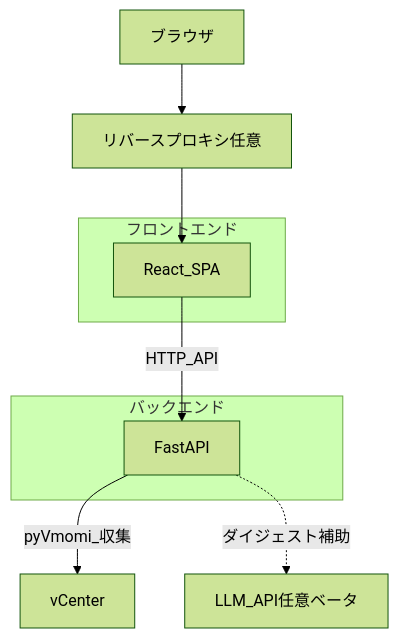
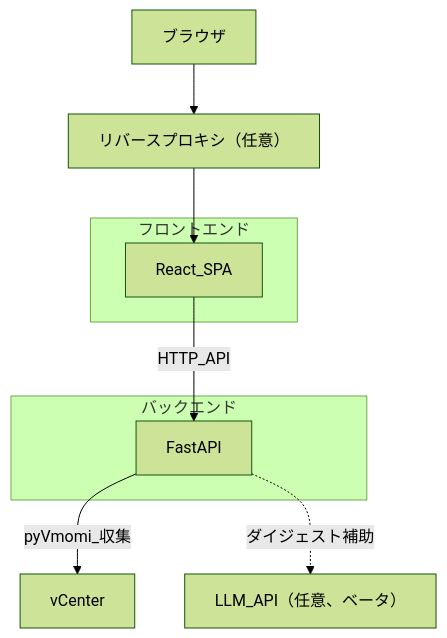
One commit to t-m0riyama/vcenter-event-assistant changed the diagram in README.md. Above: the diagram before and after it, drawn with Mermaid (forest theme).

Commit message:
docs: update README for clarity in architecture diagram labels
Modified labels in the architecture diagram within README.md for improved clarity, changing "任意" to "（任意）" for both the reverse proxy and LLM API sections.

````diff
--- a/README.md
+++ b/README.md
@@ -22,19 +22,19 @@
 ```mermaid
 flowchart TB
   Browser[ブラウザ]
-  Proxy[リバースプロキシ任意]
+  Proxy[リバースプロキシ（任意）]
   subgraph fe [フロントエンド]
     FE[React_SPA]
   end
   subgraph be [バックエンド]
     BE[FastAPI]
   end
   VC[vCenter]
-  LLM[LLM_API任意ベータ]
+  LLM[LLM_API（任意、ベータ）]
 
   Browser --> Proxy
   Proxy --> FE
   FE -->|HTTP_API| BE
   BE -->|pyVmomi_収集| VC
   BE -.->|ダイジェスト補助| LLM
 ```
````
